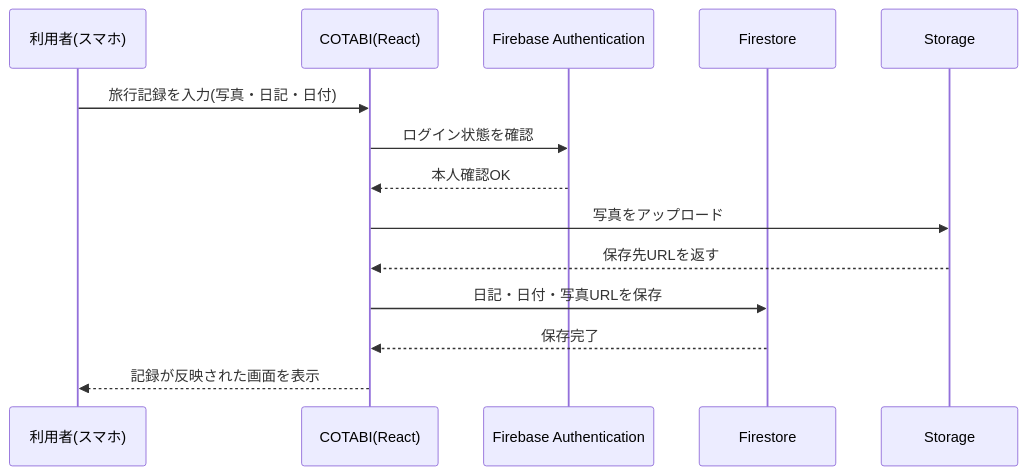
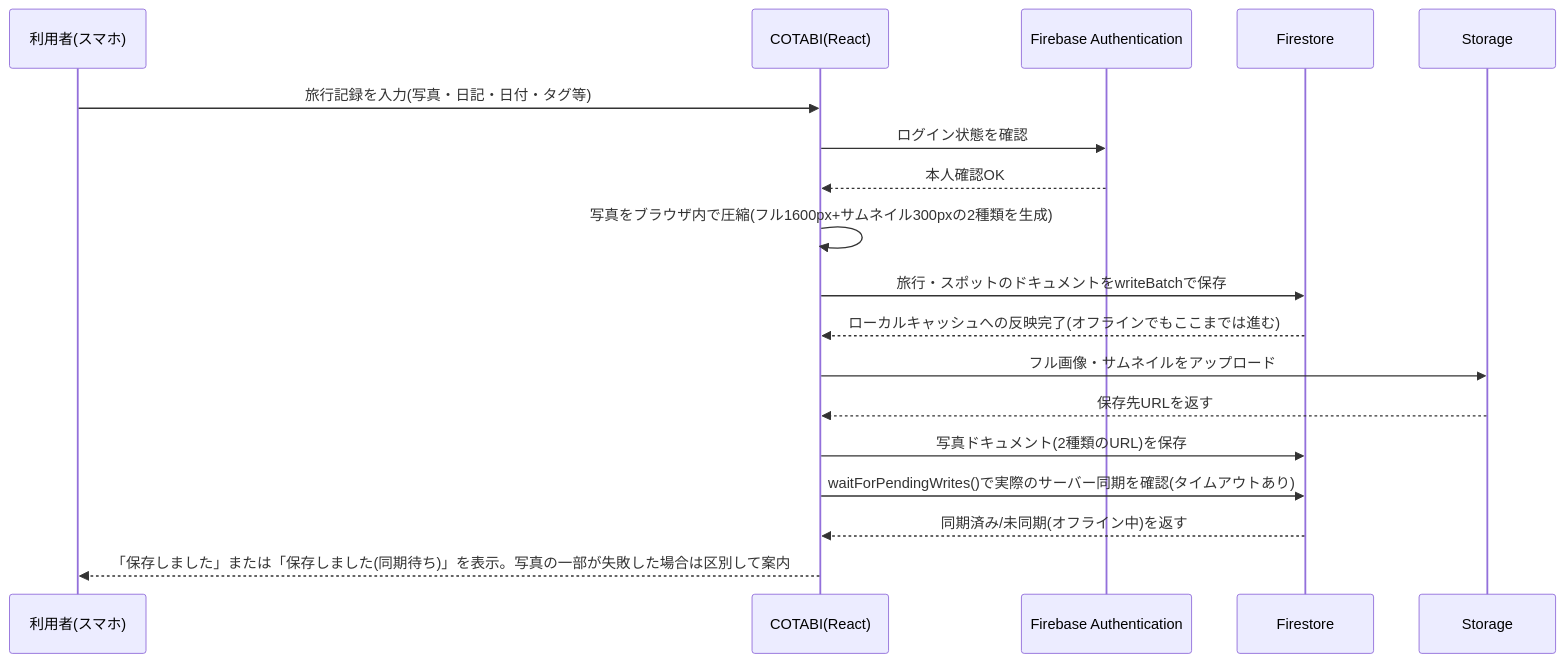
One commit to Suchmo/cotabi changed the second of 3 diagrams in docs/architecture.md. Above: the diagram before and after it, drawn with Mermaid. The commit also changed other lines of this file and 14 other files, not shown here.

````diff
--- a/docs/architecture.md
+++ b/docs/architecture.md
@@ -57,17 +67,21 @@
 ```mermaid
 sequenceDiagram
     participant U as 利用者(スマホ)
     participant R as COTABI(React)
     participant Auth as Firebase Authentication
     participant FS as Firestore
     participant ST as Storage
 
-    U->>R: 旅行記録を入力(写真・日記・日付)
+    U->>R: 旅行記録を入力(写真・日記・日付・タグ等)
     R->>Auth: ログイン状態を確認
     Auth-->>R: 本人確認OK
-    R->>ST: 写真をアップロード
+    R->>R: 写真をブラウザ内で圧縮(フル1600px+サムネイル300pxの2種類を生成)
+    R->>FS: 旅行・スポットのドキュメントをwriteBatchで保存
+    FS-->>R: ローカルキャッシュへの反映完了(オフラインでもここまでは進む)
+    R->>ST: フル画像・サムネイルをアップロード
     ST-->>R: 保存先URLを返す
-    R->>FS: 日記・日付・写真URLを保存
-    FS-->>R: 保存完了
-    R-->>U: 記録が反映された画面を表示
+    R->>FS: 写真ドキュメント(2種類のURL)を保存
+    R->>FS: waitForPendingWrites()で実際のサーバー同期を確認(タイムアウトあり)
+    FS-->>R: 同期済み/未同期(オフライン中)を返す
+    R-->>U: 「保存しました」または「保存しました(同期待ち)」を表示。写真の一部が失敗した場合は区別して案内
 ```
````
